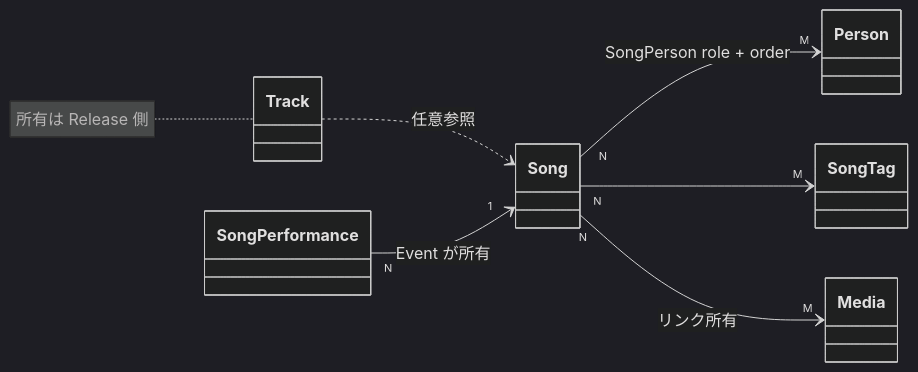
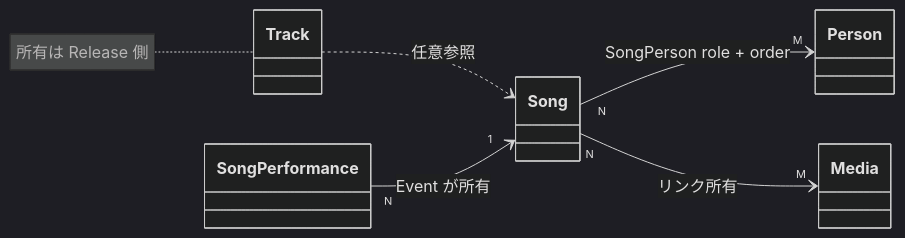
The diagram in docs/specs/song.md (sayuprc/isekai-observatory), drawn with Mermaid (dark theme) before and after one commit. The commit also changed other lines of this file and 142 other files, not shown here.

````diff
--- a/docs/specs/song.md
+++ b/docs/specs/song.md
@@ -29,10 +27,9 @@
 ```mermaid
 classDiagram
   direction LR
   Song "N" --> "M" Person : SongPerson role + order
-  Song "N" --> "M" SongTag
   Song "N" --> "M" Media : リンク所有
   Track ..> Song : 任意参照
   SongPerformance "N" --> "1" Song : Event が所有
   note for Track "所有は Release 側"
 ```
````
